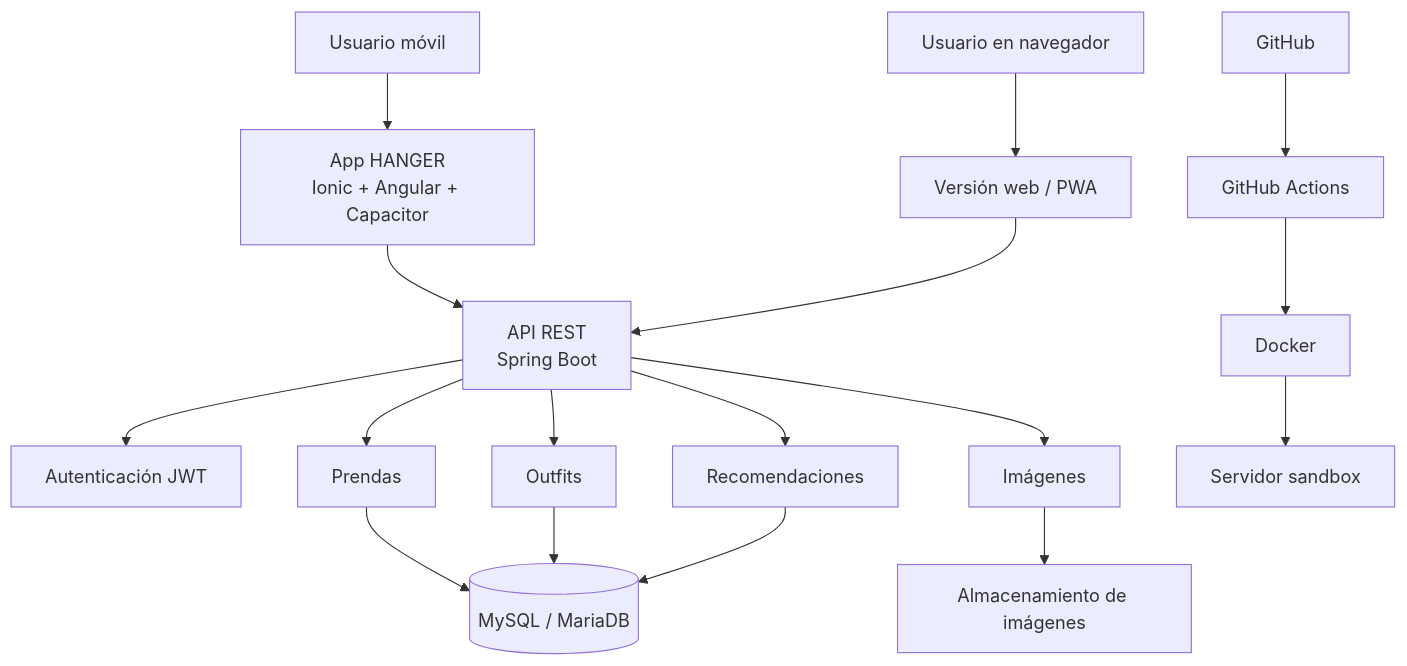
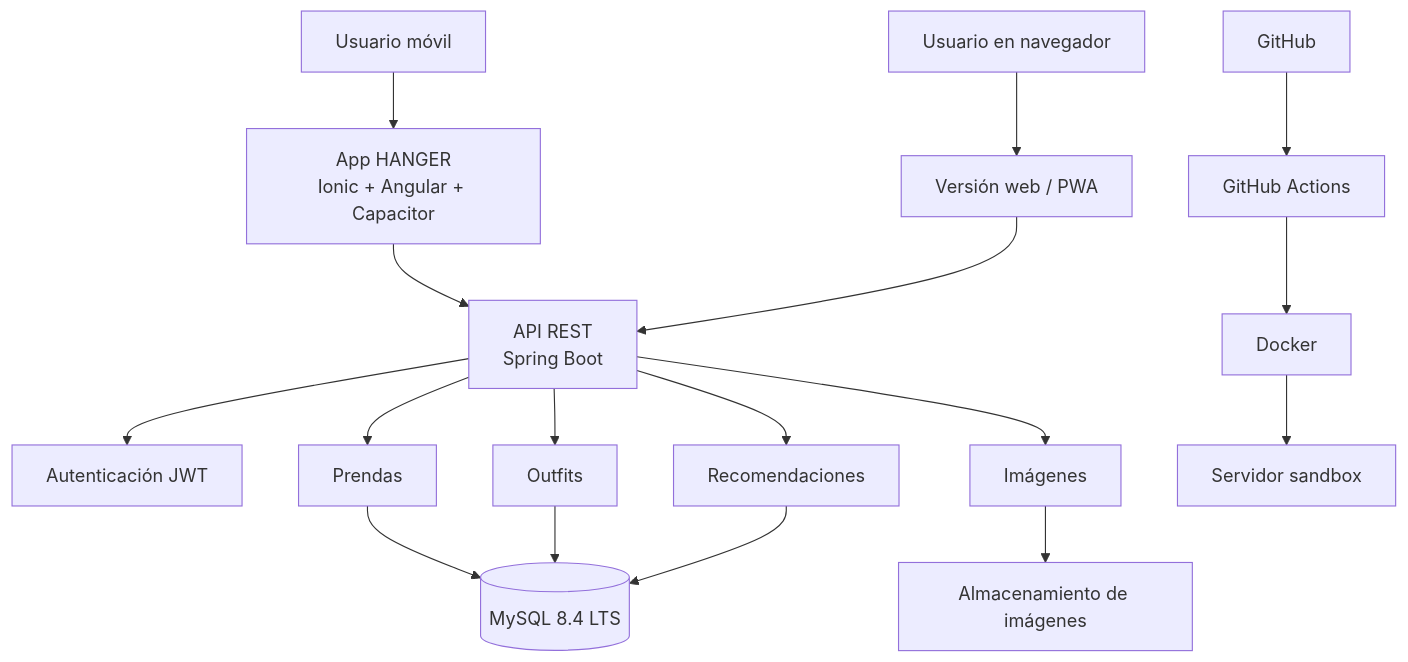
Before and after one commit to e1000i0/PI_ERV-2DAM-B: the diagram in README.md, drawn with Mermaid. The commit also changed other lines of this file and 1 other file, not shown here.

Commit message:
Indica MySQL 8.4 LTS en el README y actualiza el diagrama de arquitectura

````diff
--- a/README.md
+++ b/README.md
@@ -37,17 +37,17 @@
 ```mermaid
 flowchart TD
     U[Usuario móvil] --> A[App HANGER<br>Ionic + Angular + Capacitor]
     PC[Usuario en navegador] --> PWA[Versión web / PWA]
     A --> API[API REST<br>Spring Boot]
     PWA --> API
     API --> AUTH[Autenticación JWT]
     API --> CLOTHES[Prendas]
     API --> OUTFITS[Outfits]
     API --> RECS[Recomendaciones]
     API --> FILES[Imágenes]
-    CLOTHES --> DB[(MySQL / MariaDB)]
+    CLOTHES --> DB[(MySQL 8.4 LTS)]
     OUTFITS --> DB
     RECS --> DB
     FILES --> STORAGE[Almacenamiento de imágenes]
     GH[GitHub] --> CI[GitHub Actions] --> DOCKER[Docker] --> SANDBOX[Servidor sandbox]
 ```
````
